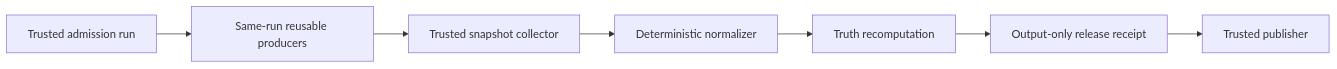
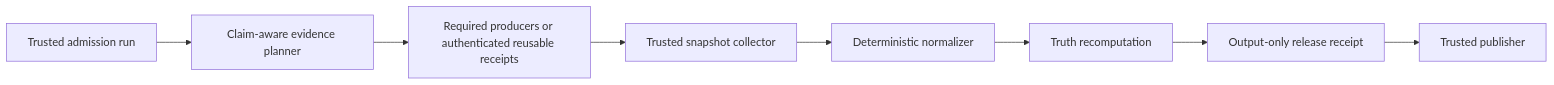
The diagram in docs/CI_AUTHORITY.md (mjgolaszewski/bcf-governance), drawn with Mermaid before and after one commit. The commit also changed other lines of this file and 40 other files, not shown here.

````diff
--- a/docs/CI_AUTHORITY.md
+++ b/docs/CI_AUTHORITY.md
@@ -9,9 +9,10 @@
 ```mermaid
 flowchart LR
-  A[Trusted admission run] --> P[Same-run reusable producers]
+  A[Trusted admission run] --> L[Claim-aware evidence planner]
+  L --> P[Required producers or authenticated reusable receipts]
   P --> C[Trusted snapshot collector]
   C --> N[Deterministic normalizer]
   N --> T[Truth recomputation]
   T --> R[Output-only release receipt]
   R --> U[Trusted publisher]
 ```
````
